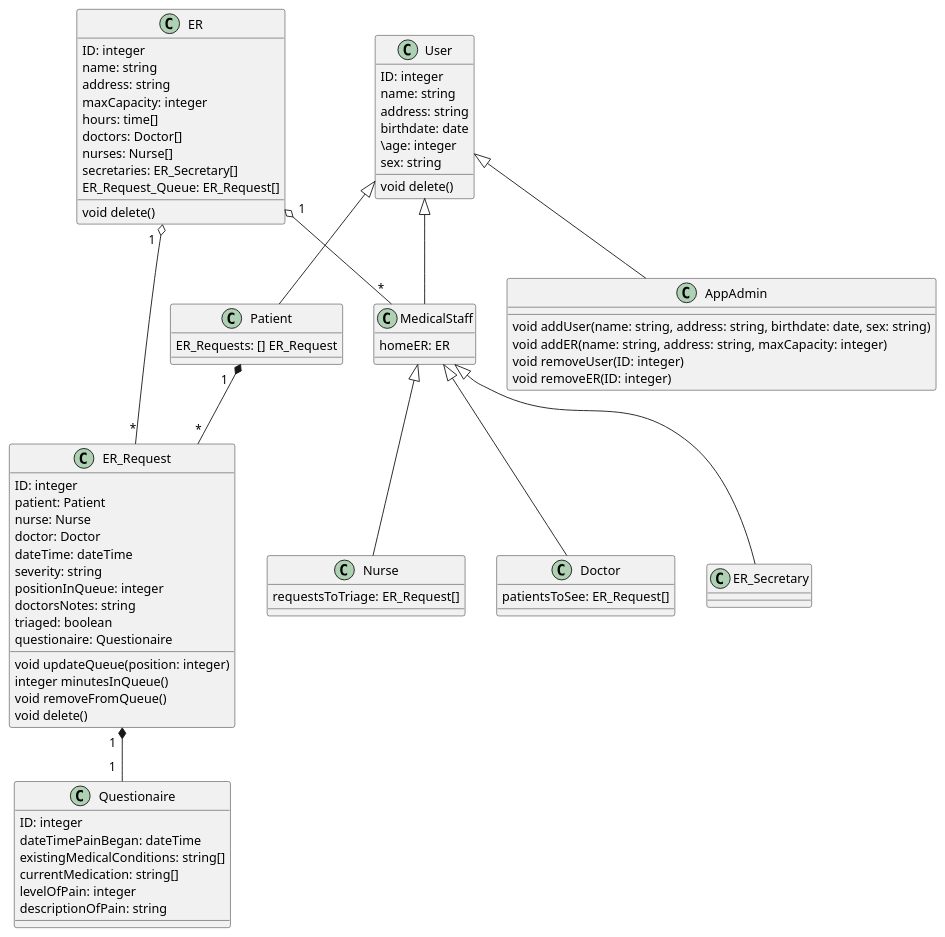
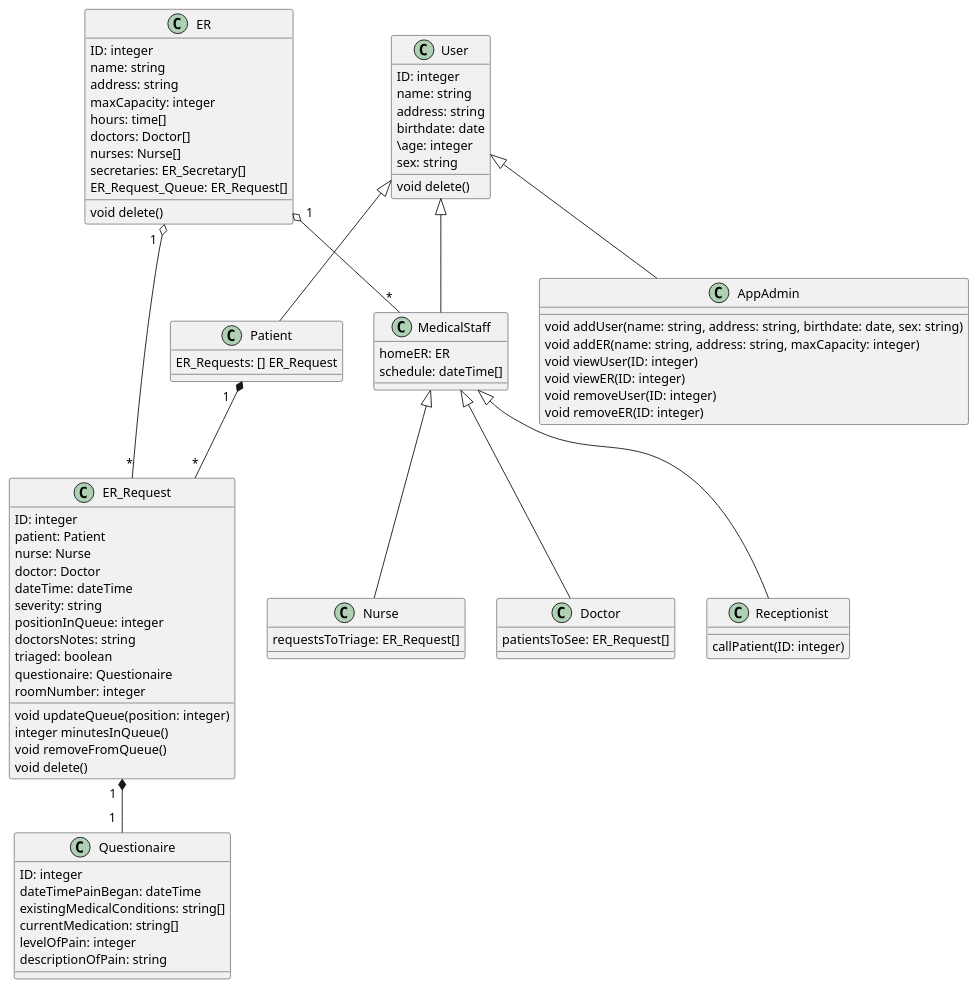
One commit to SENG-350-2024-fall/Group2 changed the diagram in milestone_2/MattDiagrams/virtualER_ClassDiagram.puml. Above: the diagram before and after it, drawn with PlantUML. The commit also changed 4 other files, not shown here.

Commit message:
Updated Diagrams

```diff
--- a/milestone_2/MattDiagrams/virtualER_ClassDiagram.puml
+++ b/milestone_2/MattDiagrams/virtualER_ClassDiagram.puml
@@ -1,91 +1,96 @@
 @startuml
 class User {
   ID: integer
   name: string
   address: string
   birthdate: date
   \age: integer
   sex: string
   void delete()
 }
 
 class Patient {
   ER_Requests: [] ER_Request
 }
 
 class MedicalStaff {
     homeER: ER
+    schedule: dateTime[]
 }
 
 class Nurse {
     requestsToTriage: ER_Request[]
 }
 
 class Doctor {
     patientsToSee: ER_Request[]
 }
 
-class ER_Secretary {
+class Receptionist {
+    callPatient(ID: integer)
 }
 
 class AppAdmin {
     void addUser(name: string, address: string, birthdate: date, sex: string)
     void addER(name: string, address: string, maxCapacity: integer)
+    void viewUser(ID: integer)
+    void viewER(ID: integer)
     void removeUser(ID: integer)
     void removeER(ID: integer)
 }
 
 class ER {
    ID: integer
    name: string
    address: string
    maxCapacity: integer
    hours: time[]
    doctors: Doctor[]
    nurses: Nurse[]
    secretaries: ER_Secretary[]
    ER_Request_Queue: ER_Request[]
    void delete()
 }
 
 class ER_Request {
   ID: integer
   patient: Patient
   nurse: Nurse
   doctor: Doctor
   dateTime: dateTime
   severity: string
   positionInQueue: integer
   doctorsNotes: string
   triaged: boolean
   questionaire: Questionaire
+  roomNumber: integer
   void updateQueue(position: integer)
   integer minutesInQueue()
   void removeFromQueue()
   void delete()
 }
 
 class Questionaire {
     ID: integer
     dateTimePainBegan: dateTime
     existingMedicalConditions: string[]
     currentMedication: string[]
     levelOfPain: integer
     descriptionOfPain: string
 }
 
 
 User <|-- Patient
 User <|-- MedicalStaff
 MedicalStaff <|-- Doctor
 MedicalStaff <|-- Nurse
-MedicalStaff <|-- ER_Secretary
+MedicalStaff <|-- Receptionist
 User <|-- AppAdmin
 
 ER "  1" o-- "*" MedicalStaff
 ER "1  " o-- "*" ER_Request
 
 Patient "1   " *-- "*" ER_Request
 ER_Request "1  " *-- "1  " Questionaire
 
 @enduml
```
